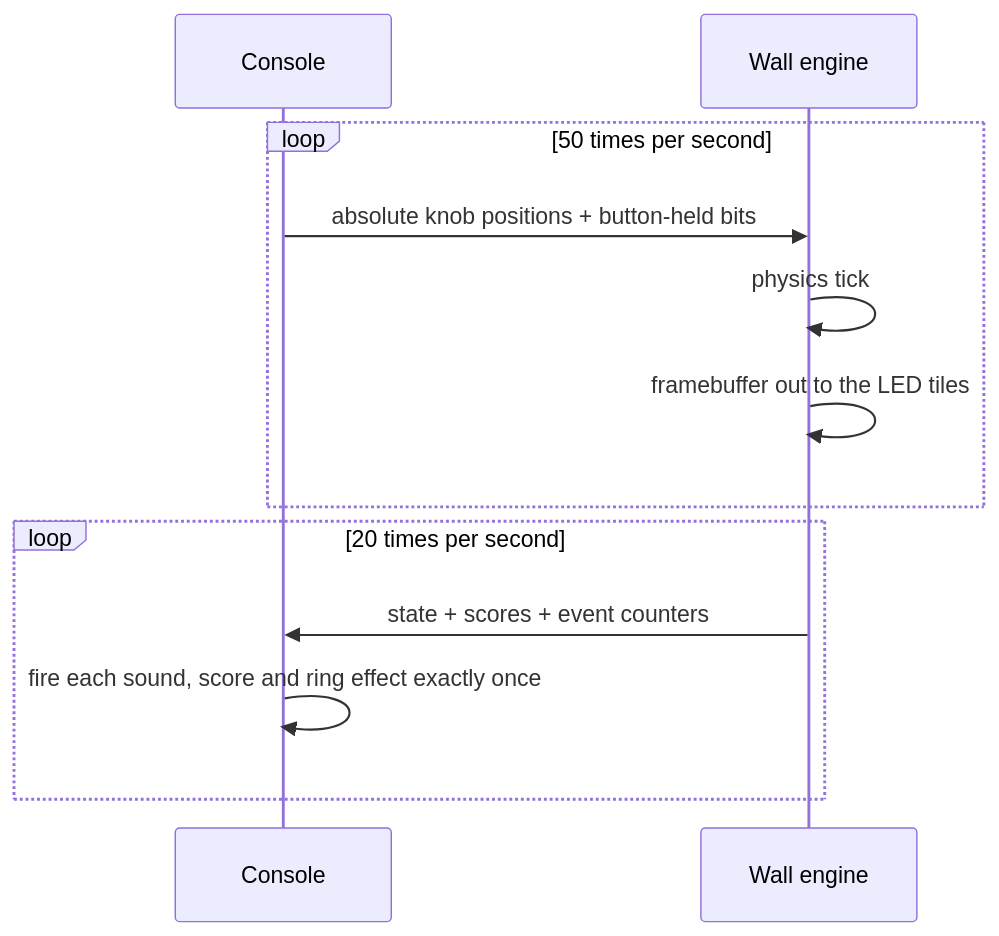
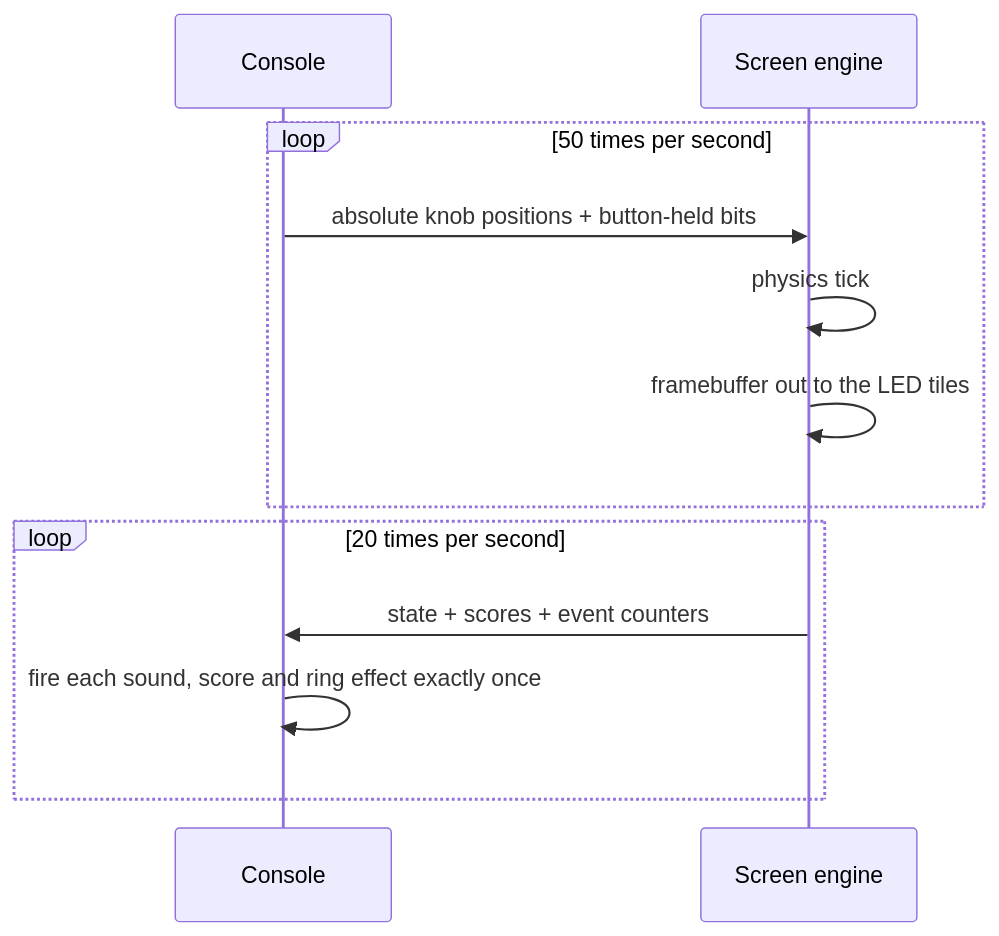
The third of 3 diagrams in README.md (NikitaSuprun/atech-hackathon), drawn with Mermaid before and after one commit. The commit also changed other lines of this file and 17 other files, not shown here.

First line of the commit message:
refactor: rename 'pong wall' -> 'pong', 'wall' -> 'screen'/'matrix'

````diff
--- a/README.md
+++ b/README.md
@@ -94,14 +94,14 @@
 ```mermaid
 sequenceDiagram
     participant C as Console
-    participant W as Wall engine
+    participant W as Screen engine
     loop 50 times per second
         C->>W: absolute knob positions + button-held bits
         W->>W: physics tick
         W->>W: framebuffer out to the LED tiles
     end
     loop 20 times per second
         W->>C: state + scores + event counters
         C->>C: fire each sound, score and ring effect exactly once
     end
 ```
````
